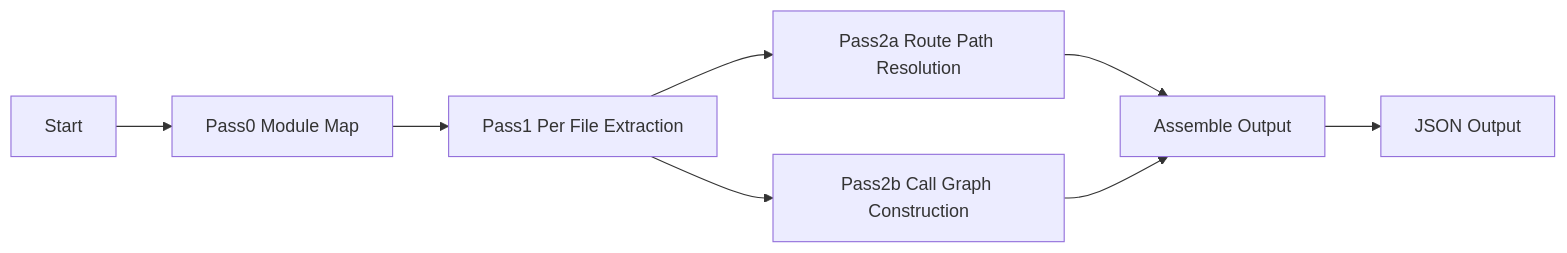
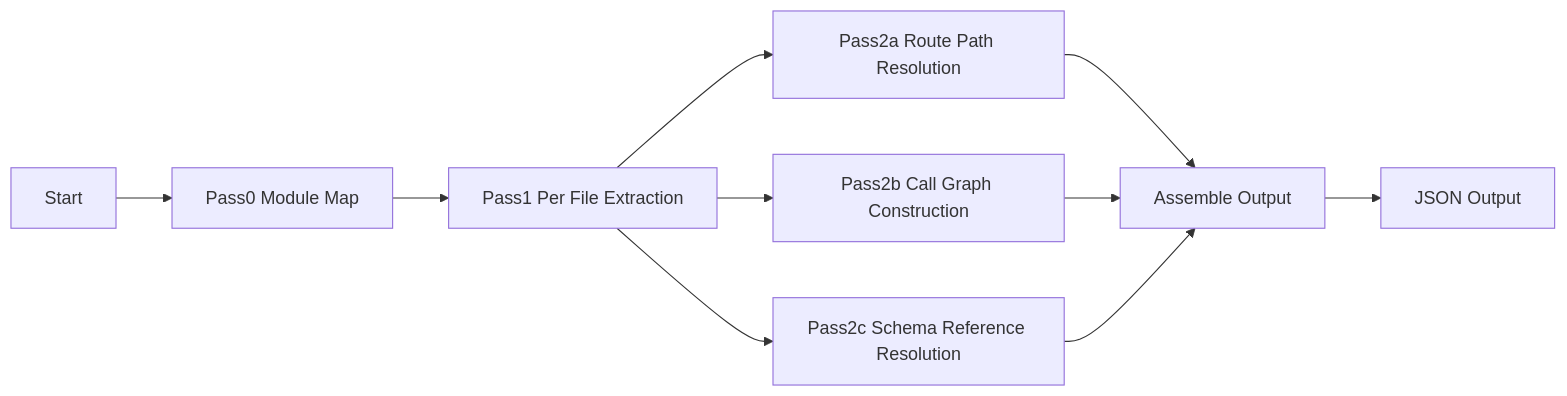
One commit to kumamoto-kouki/ApiVista changed the second of 2 diagrams in .kiro/specs/backend-route-extractor/design.md. Above: the diagram before and after it, drawn with Mermaid. The commit also changed other lines of this file and 1 other file, not shown here.

````diff
--- a/.kiro/specs/backend-route-extractor/design.md
+++ b/.kiro/specs/backend-route-extractor/design.md
@@ -85,10 +90,12 @@
 ```mermaid
 graph LR
     Start[Start] --> Pass0[Pass0 Module Map]
     Pass0 --> Pass1[Pass1 Per File Extraction]
     Pass1 --> Pass2a[Pass2a Route Path Resolution]
     Pass1 --> Pass2b[Pass2b Call Graph Construction]
+    Pass1 --> Pass2c[Pass2c Schema Reference Resolution]
     Pass2a --> Assemble[Assemble Output]
     Pass2b --> Assemble
+    Pass2c --> Assemble
     Assemble --> Output[JSON Output]
 ```
````
